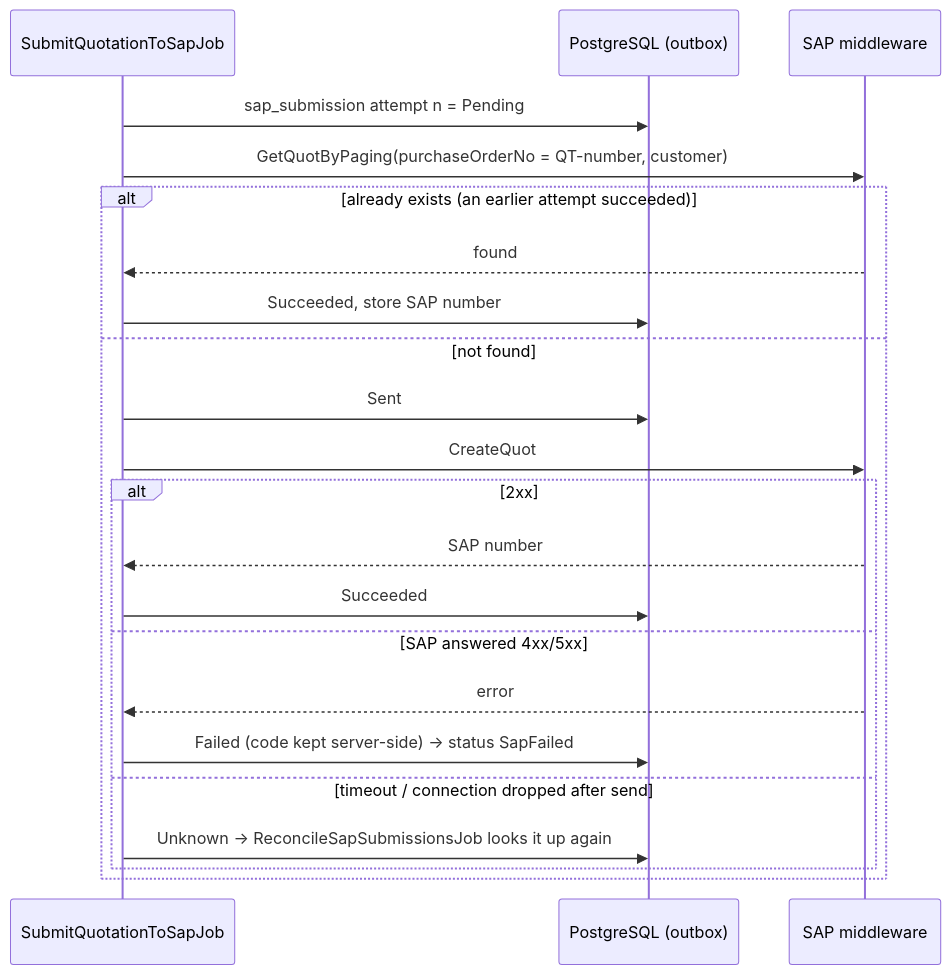
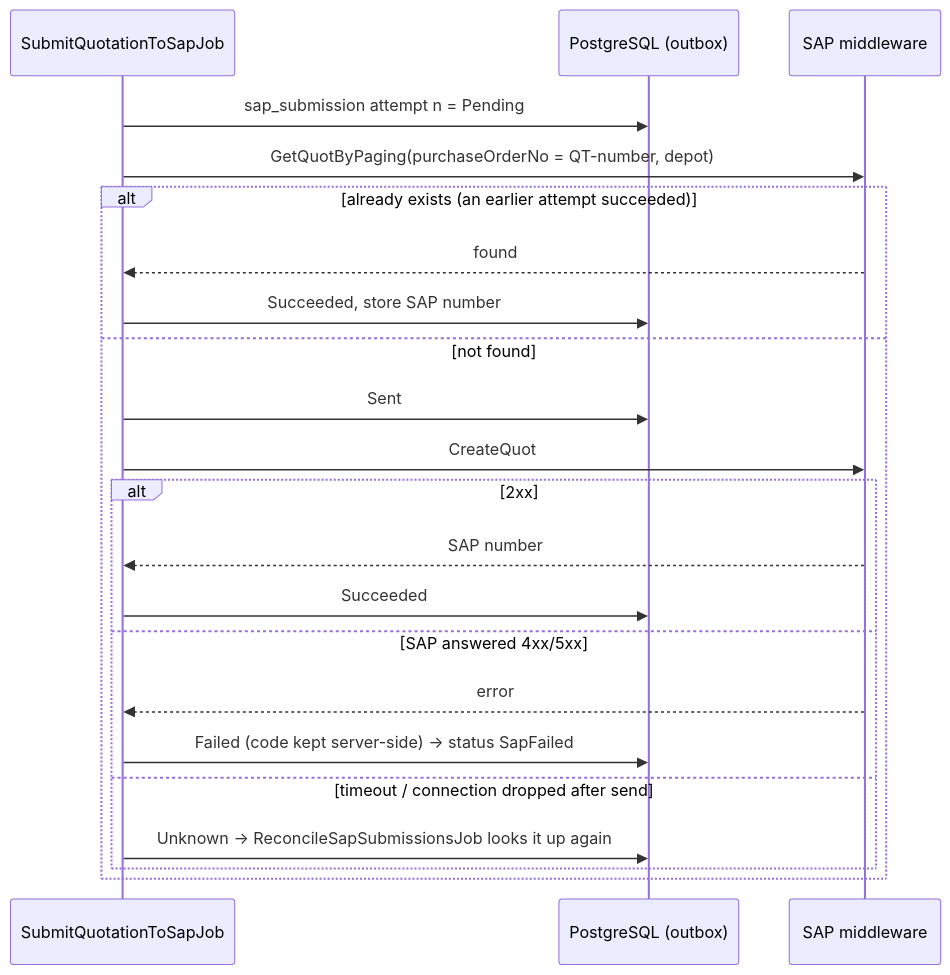
The third of 3 diagrams in docs/feature/quotation-orders/quotation-orders-plan.md (DyDev99/isi-steel-sales-mobile), drawn with Mermaid before and after one commit. The commit also changed other lines of this file and 822 other files, not shown here.

Commit message:
feat: rename customer to depot and add field credit limit

````diff
--- a/docs/feature/quotation-orders/quotation-orders-plan.md
+++ b/docs/feature/quotation-orders/quotation-orders-plan.md
@@ -785,24 +785,24 @@
 ```mermaid
 sequenceDiagram
     participant Job as SubmitQuotationToSapJob
     participant DB as PostgreSQL (outbox)
     participant SAP as SAP middleware
     Job->>DB: sap_submission attempt n = Pending
-    Job->>SAP: GetQuotByPaging(purchaseOrderNo = QT-number, customer)
+    Job->>SAP: GetQuotByPaging(purchaseOrderNo = QT-number, depot)
     alt already exists (an earlier attempt succeeded)
         SAP-->>Job: found
         Job->>DB: Succeeded, store SAP number
     else not found
         Job->>DB: Sent
         Job->>SAP: CreateQuot
         alt 2xx
             SAP-->>Job: SAP number
             Job->>DB: Succeeded
         else SAP answered 4xx/5xx
             SAP-->>Job: error
             Job->>DB: Failed (code kept server-side) → status SapFailed
         else timeout / connection dropped after send
             Job->>DB: Unknown → ReconcileSapSubmissionsJob looks it up again
         end
     end
 ```
````
